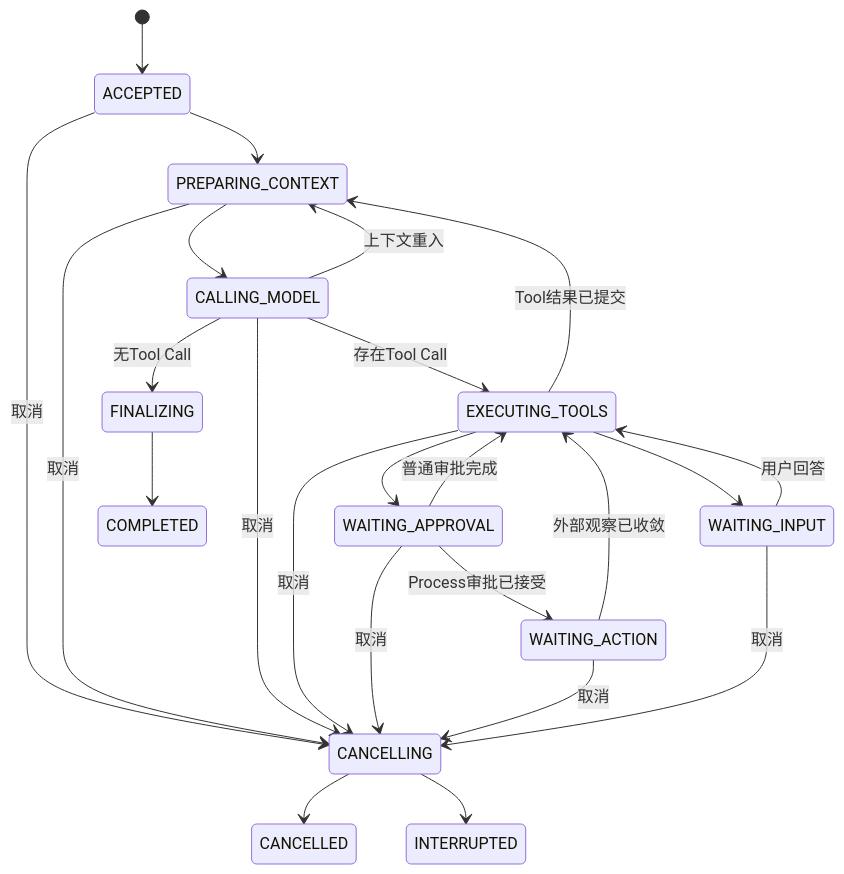
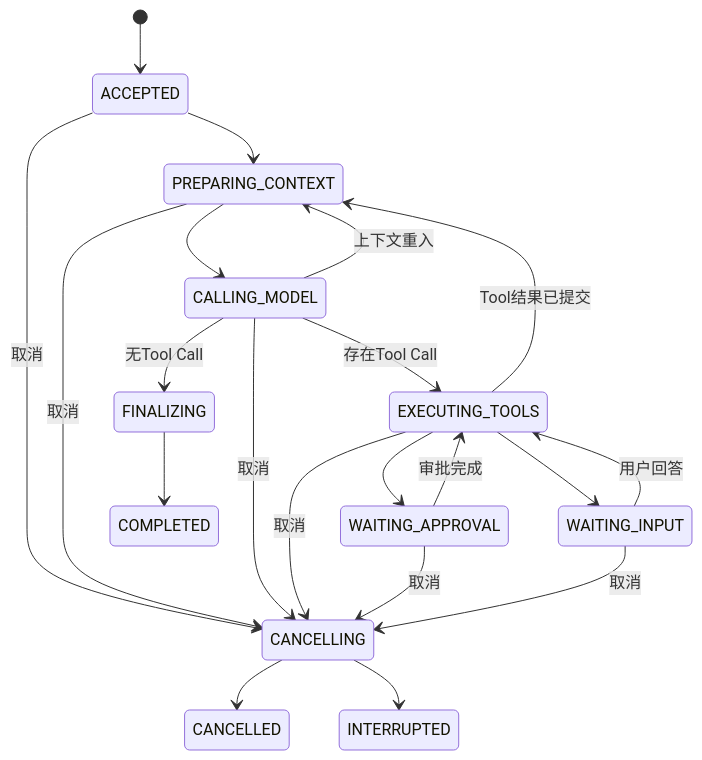
The second of 12 diagrams in docs/modules/agent.md (carrie1988/Harnessix), drawn with Mermaid before and after one commit. The commit also changed other lines of this file and 121 other files, not shown here.

````diff
--- a/docs/modules/agent.md
+++ b/docs/modules/agent.md
@@ -184,26 +187,23 @@
 ```mermaid
 stateDiagram-v2
     [*] --> ACCEPTED
     ACCEPTED --> PREPARING_CONTEXT
     PREPARING_CONTEXT --> CALLING_MODEL
     CALLING_MODEL --> PREPARING_CONTEXT: 上下文重入
     CALLING_MODEL --> EXECUTING_TOOLS: 存在Tool Call
     CALLING_MODEL --> FINALIZING: 无Tool Call
     EXECUTING_TOOLS --> PREPARING_CONTEXT: Tool结果已提交
     EXECUTING_TOOLS --> WAITING_APPROVAL
     EXECUTING_TOOLS --> WAITING_INPUT
-    WAITING_APPROVAL --> EXECUTING_TOOLS: 普通审批完成
-    WAITING_APPROVAL --> WAITING_ACTION: Process审批已接受
-    WAITING_ACTION --> EXECUTING_TOOLS: 外部观察已收敛
+    WAITING_APPROVAL --> EXECUTING_TOOLS: 审批完成
     WAITING_INPUT --> EXECUTING_TOOLS: 用户回答
     FINALIZING --> COMPLETED
     ACCEPTED --> CANCELLING: 取消
     PREPARING_CONTEXT --> CANCELLING: 取消
     CALLING_MODEL --> CANCELLING: 取消
     EXECUTING_TOOLS --> CANCELLING: 取消
     WAITING_APPROVAL --> CANCELLING: 取消
-    WAITING_ACTION --> CANCELLING: 取消
     WAITING_INPUT --> CANCELLING: 取消
     CANCELLING --> CANCELLED
     CANCELLING --> INTERRUPTED
 ```
````
